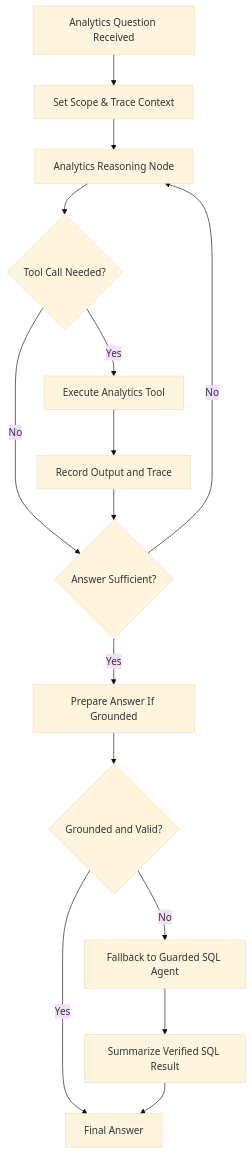
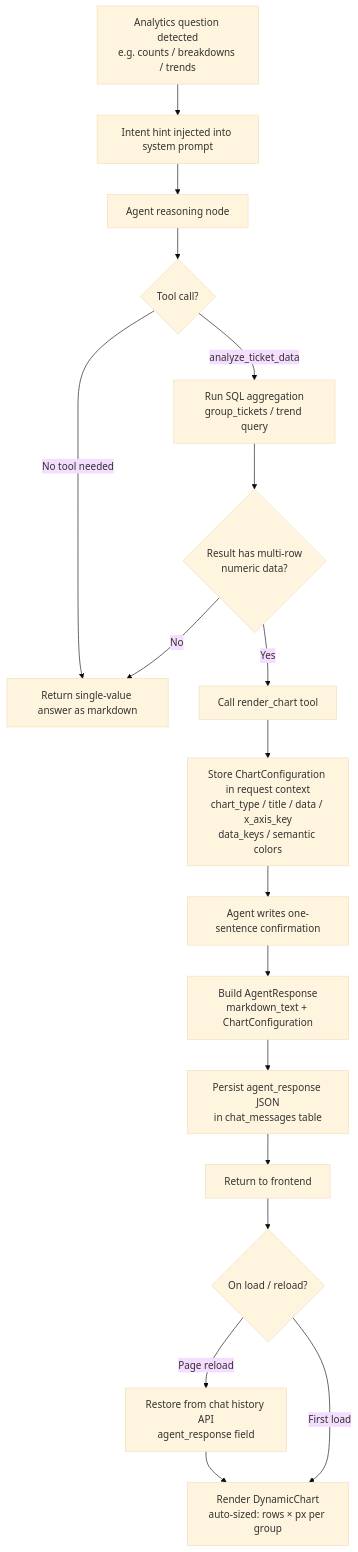
One commit to TDhakad/ITS-v2 changed the second of 2 diagrams in docs/ai-assistant-workflow.md. Above: the diagram before and after it, drawn with Mermaid (base theme). The commit also changed other lines of this file, not shown here.

Commit message:
docs: update mermaid flows to reflect render_chart and AgentResponse pipeline

````diff
--- a/docs/ai-assistant-workflow.md
+++ b/docs/ai-assistant-workflow.md
@@ -193,23 +200,26 @@
 ```mermaid
 flowchart TD
-    A[Analytics Question Received] --> B[Set Scope & Trace Context]
-    B --> C[Analytics Reasoning Node]
-    C --> D{Tool Call Needed?}
+    A[Analytics question detected\ne.g. counts / breakdowns / trends] --> B[Intent hint injected into system prompt]
+    B --> C[Agent reasoning node]
+    C --> D{Tool call?}
 
-    D -- Yes --> F[Execute Analytics Tool]
-    D -- No --> H{Answer Sufficient?}
+    D -- analyze_ticket_data --> E[Run SQL aggregation\ngroup_tickets / trend query]
+    E --> F{Result has multi-row\nnumeric data?}
 
-    F --> G[Record Output and Trace]
-    G --> H
+    F -- No --> G[Return single-value answer as markdown]
+    F -- Yes --> H[Call render_chart tool]
 
-    H -- No --> C
-    H -- Yes --> E[Prepare Answer If Grounded]
+    H --> I[Store ChartConfiguration in request context\nchart_type / title / data / x_axis_key\ndata_keys / semantic colors]
+    I --> J[Agent writes one-sentence confirmation]
+    J --> K[Build AgentResponse\nmarkdown_text + ChartConfiguration]
 
-    E --> I{Grounded and Valid?}
+    K --> L[Persist agent_response JSON\nin chat_messages table]
+    L --> M[Return to frontend]
 
-    I -- Yes --> Z[Final Answer]
-    I -- No --> K[Fallback to Guarded SQL Agent]
+    M --> N{On load / reload?}
+    N -- First load --> O[Render DynamicChart\nauto-sized: rows × px per group]
+    N -- Page reload --> P[Restore from chat history API\nagent_response field]
+    P --> O
 
-    K --> L[Summarize Verified SQL Result]
-    L --> Z 
+    D -- No tool needed --> G
 ```
````
